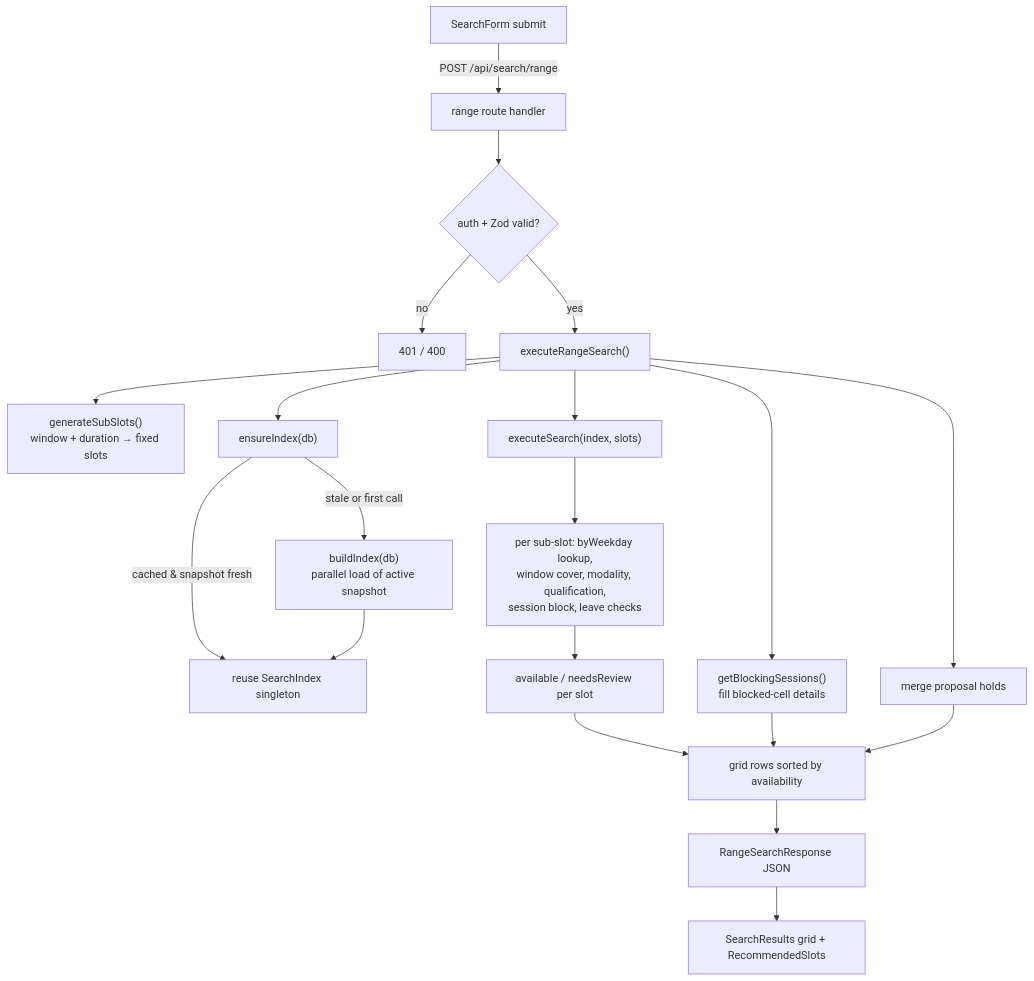
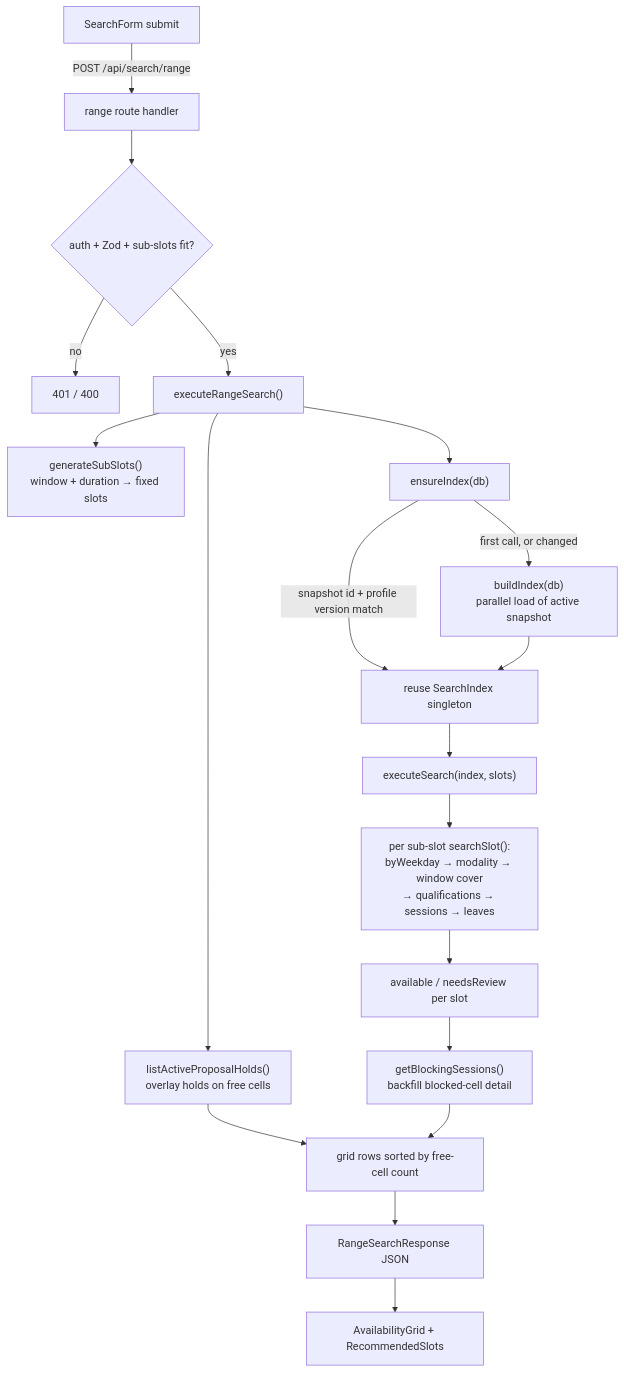
Before and after one commit to kasheesh711/bgscheduler: the diagram in docs/features/tutor-search.md, drawn with Mermaid. The commit also changed other lines of this file and 71 other files, not shown here.

````diff
--- a/docs/features/tutor-search.md
+++ b/docs/features/tutor-search.md
@@ -64,22 +74,21 @@
 ```mermaid
 flowchart TD
     A[SearchForm submit] -->|POST /api/search/range| B[range route handler]
-    B --> C{auth + Zod valid?}
+    B --> C{auth + Zod + sub-slots fit?}
     C -->|no| C1[401 / 400]
     C -->|yes| D["executeRangeSearch()"]
     D --> E["generateSubSlots()<br/>window + duration → fixed slots"]
     D --> F["ensureIndex(db)"]
-    F -->|cached & snapshot fresh| G[reuse SearchIndex singleton]
-    F -->|stale or first call| H["buildIndex(db)<br/>parallel load of active snapshot"]
+    F -->|snapshot id + profile version match| G[reuse SearchIndex singleton]
+    F -->|first call, or changed| H["buildIndex(db)<br/>parallel load of active snapshot"]
     H --> G
-    D --> I["executeSearch(index, slots)"]
-    I --> J["per sub-slot: byWeekday lookup,<br/>window cover, modality, qualification,<br/>session block, leave checks"]
+    G --> I["executeSearch(index, slots)"]
+    I --> J["per sub-slot searchSlot():<br/>byWeekday → modality → window cover<br/>→ qualifications → sessions → leaves"]
     J --> K[available / needsReview per slot]
-    D --> L["getBlockingSessions()<br/>fill blocked-cell details"]
-    D --> M[merge proposal holds]
-    K --> N[grid rows sorted by availability]
-    L --> N
+    D --> L["listActiveProposalHolds()<br/>overlay holds on free cells"]
+    K --> M["getBlockingSessions()<br/>backfill blocked-cell detail"]
+    L --> N[grid rows sorted by free-cell count]
     M --> N
     N --> O[RangeSearchResponse JSON]
-    O --> P[SearchResults grid + RecommendedSlots]
+    O --> P[AvailabilityGrid + RecommendedSlots]
 ```
````
